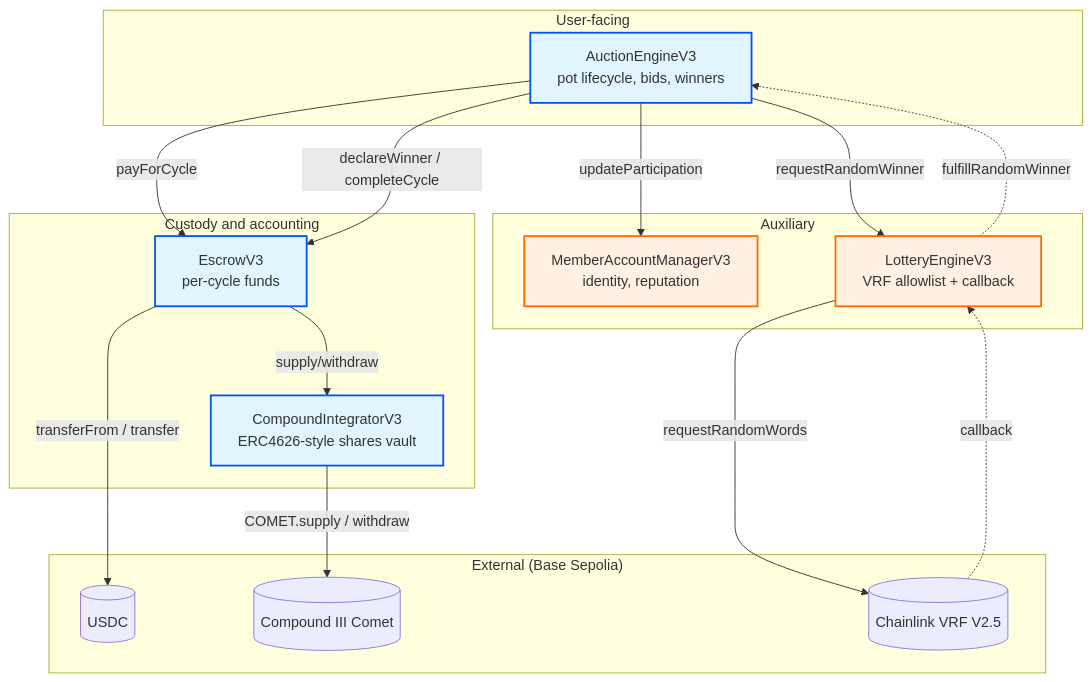
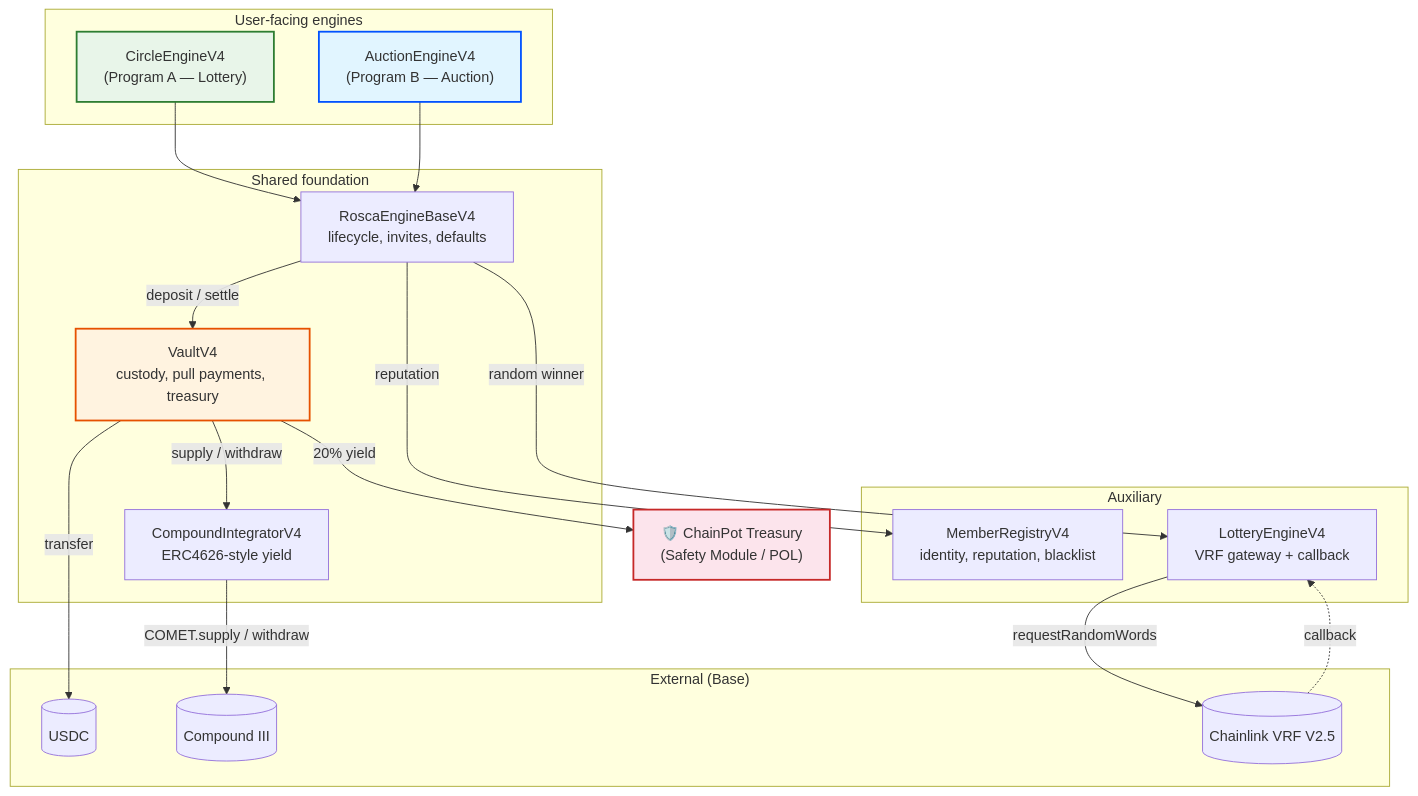
Before and after one commit to Web3Spell/chainpot: the first of 5 diagrams in README.md, drawn with Mermaid. The commit also changed other lines of this file and 1 other file, not shown here.

````diff
--- a/README.md
+++ b/README.md
@@ -90,39 +36,41 @@
 ```mermaid
 graph TB
-    subgraph User["User-facing"]
-        AE[AuctionEngineV3<br/>pot lifecycle, bids, winners]
+    subgraph Engines["User-facing engines"]
+        CE["CircleEngineV4<br/>(Program A — Lottery)"]
+        AE["AuctionEngineV4<br/>(Program B — Auction)"]
     end
 
-    subgraph Custody["Custody and accounting"]
-        ES[EscrowV3<br/>per-cycle funds]
-        CI[CompoundIntegratorV3<br/>ERC4626-style shares vault]
+    subgraph Core["Shared foundation"]
+        REB["RoscaEngineBaseV4<br/>lifecycle, invites, defaults"]
+        V["VaultV4<br/>custody, pull payments, treasury"]
+        CI["CompoundIntegratorV4<br/>ERC4626-style yield"]
     end
 
     subgraph Auxiliary["Auxiliary"]
-        MAM[MemberAccountManagerV3<br/>identity, reputation]
-        LE[LotteryEngineV3<br/>VRF allowlist + callback]
+        MR["MemberRegistryV4<br/>identity, reputation, blacklist"]
+        LE["LotteryEngineV4<br/>VRF gateway + callback"]
     end
 
-    subgraph External["External (Base Sepolia)"]
+    subgraph External["External (Base)"]
         USDC[(USDC)]
-        COMET[(Compound III Comet)]
+        COMET[(Compound III)]
         VRF[(Chainlink VRF V2.5)]
     end
 
-    AE -->|payForCycle| ES
-    AE -->|declareWinner / completeCycle| ES
-    AE -->|updateParticipation| MAM
-    AE -->|requestRandomWinner| LE
-    ES -->|supply/withdraw| CI
+    CE --> REB
+    AE --> REB
+    REB -->|deposit / settle| V
+    REB -->|reputation| MR
+    REB -->|random winner| LE
+    V -->|supply / withdraw| CI
     CI -->|COMET.supply / withdraw| COMET
     LE -->|requestRandomWords| VRF
     VRF -.callback.-> LE
-    LE -.fulfillRandomWinner.-> AE
-    ES -->|transferFrom / transfer| USDC
+    V -->|transfer| USDC
+    V -->|20% yield| Treasury["🛡️ ChainPot Treasury<br/>(Safety Module / POL)"]
 
+    style CE fill:#e8f5e9,stroke:#2e7d32,stroke-width:2px
     style AE fill:#e1f5ff,stroke:#0052FF,stroke-width:2px
-    style ES fill:#e1f5ff,stroke:#0052FF,stroke-width:2px
-    style CI fill:#e1f5ff,stroke:#0052FF,stroke-width:2px
-    style MAM fill:#fff0e1,stroke:#FF6B00,stroke-width:2px
-    style LE fill:#fff0e1,stroke:#FF6B00,stroke-width:2px
+    style V fill:#fff3e0,stroke:#e65100,stroke-width:2px
+    style Treasury fill:#fce4ec,stroke:#c62828,stroke-width:2px
 ```
````
